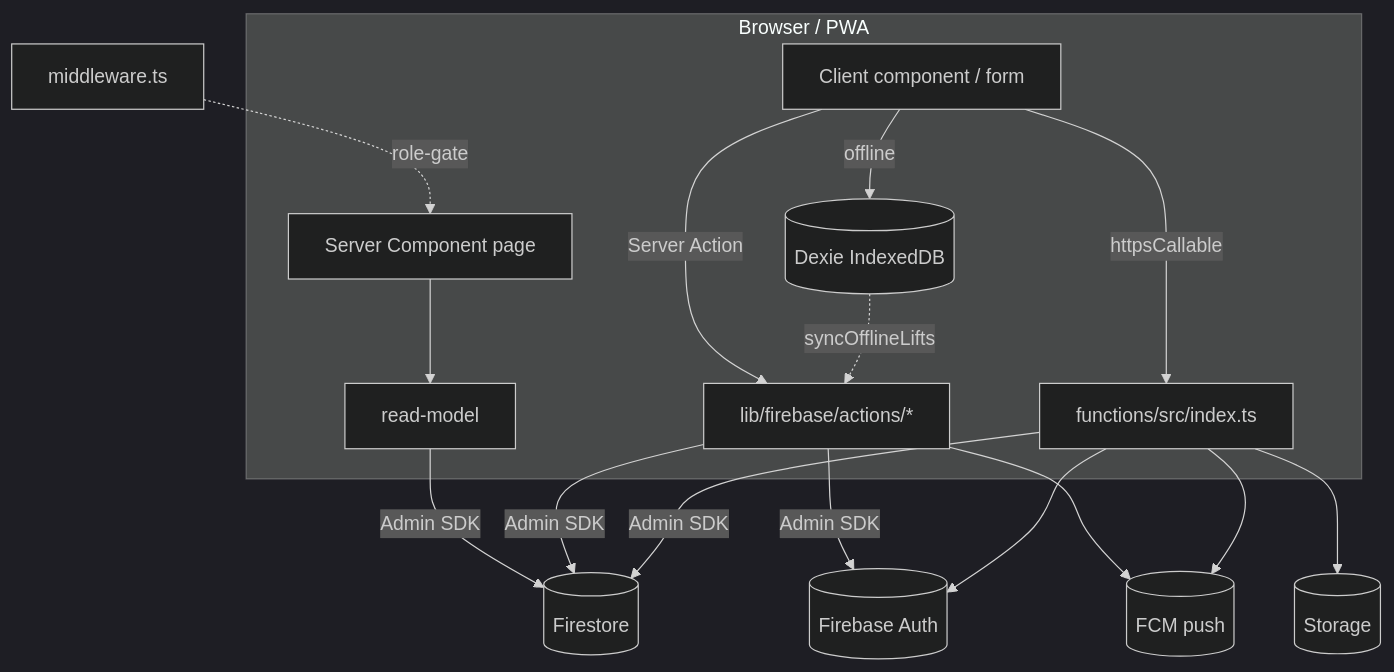
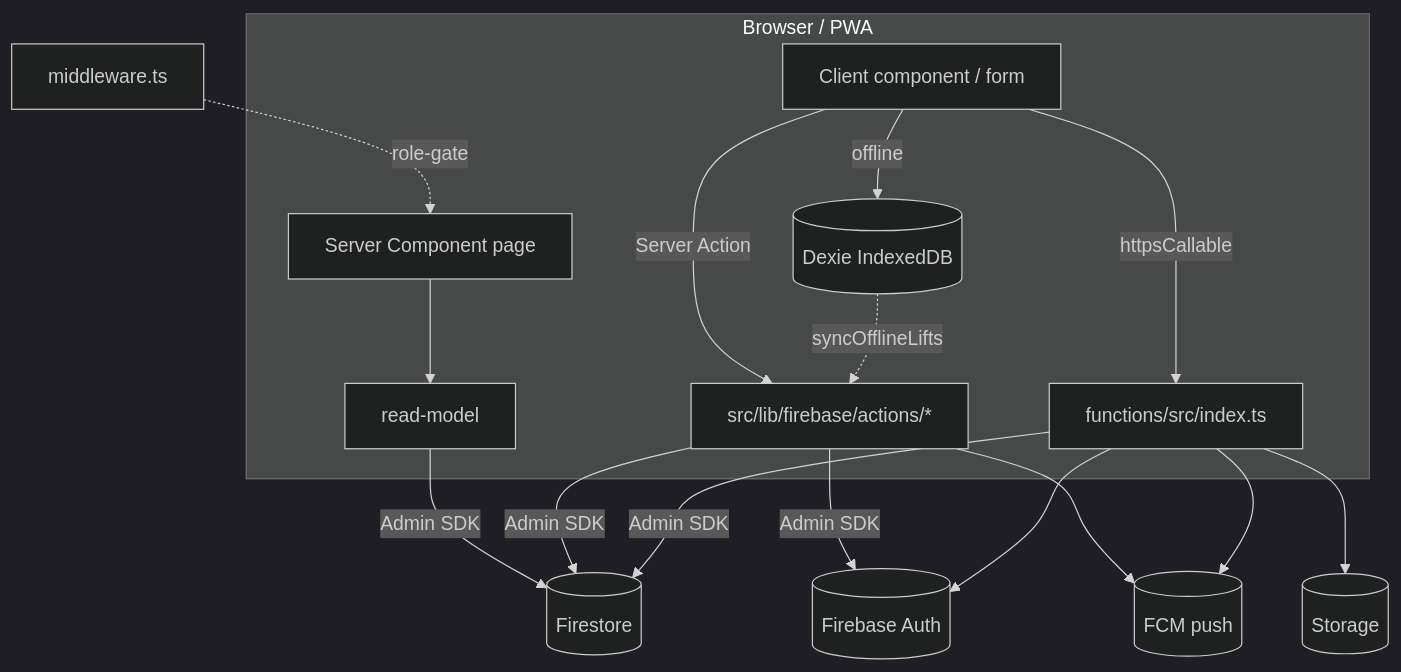
The first of 2 diagrams in docs/01_ARCHITECTURE.md (mehulchirania/FitSplit), drawn with Mermaid (dark theme) before and after one commit. The commit also changed other lines of this file and 388 other files, not shown here.

````diff
--- a/docs/01_ARCHITECTURE.md
+++ b/docs/01_ARCHITECTURE.md
@@ -53,19 +53,19 @@
 ```mermaid
 graph TD
   subgraph Client[Browser / PWA]
     SC[Server Component page] --> RM[read-model]
-    UI[Client component / form] -->|Server Action| SA[lib/firebase/actions/*]
+    UI[Client component / form] -->|Server Action| SA[src/lib/firebase/actions/*]
     UI -->|httpsCallable| CF[functions/src/index.ts]
     UI -->|offline| DX[(Dexie IndexedDB)]
   end
   RM -->|Admin SDK| FS[(Firestore)]
   SA -->|Admin SDK| FS
   SA -->|Admin SDK| AUTH[(Firebase Auth)]
   CF -->|Admin SDK| FS
   CF --> AUTH
   CF --> ST[(Storage)]
   SA --> FCM[(FCM push)]
   CF --> FCM
   DX -.syncOfflineLifts.-> SA
   MW[middleware.ts] -. role-gate .-> SC
 ```
````
